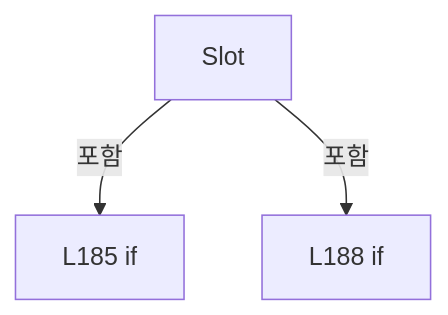
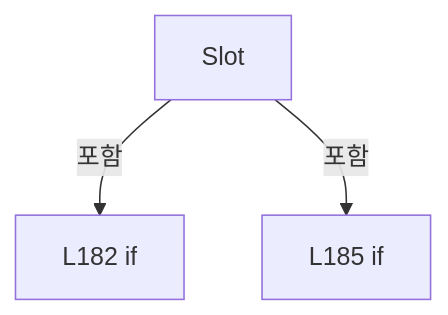
Diagram 13 of 16 in A3 LD Code Ref/files/Drilling.Common/Correction/CDefaultOffsetCalibration.cs.md (kjuws10-rgb/Shared), drawn with Mermaid before and after one commit. The commit also changed other lines of this file and 2071 other files, not shown here.

Commit message:
docs(a3): update 11.19.0 architecture and code reference

````diff
--- a/A3 LD Code Ref/files/Drilling.Common/Correction/CDefaultOffsetCalibration.cs.md
+++ b/A3 LD Code Ref/files/Drilling.Common/Correction/CDefaultOffsetCalibration.cs.md
@@ -1244,8 +1244,8 @@
 ```mermaid
 flowchart TD
  M["Slot"]
- N0["L185 if"]
+ N0["L182 if"]
  M -->|포함| N0
- N1["L188 if"]
+ N1["L185 if"]
  M -->|포함| N1
 ```
````
